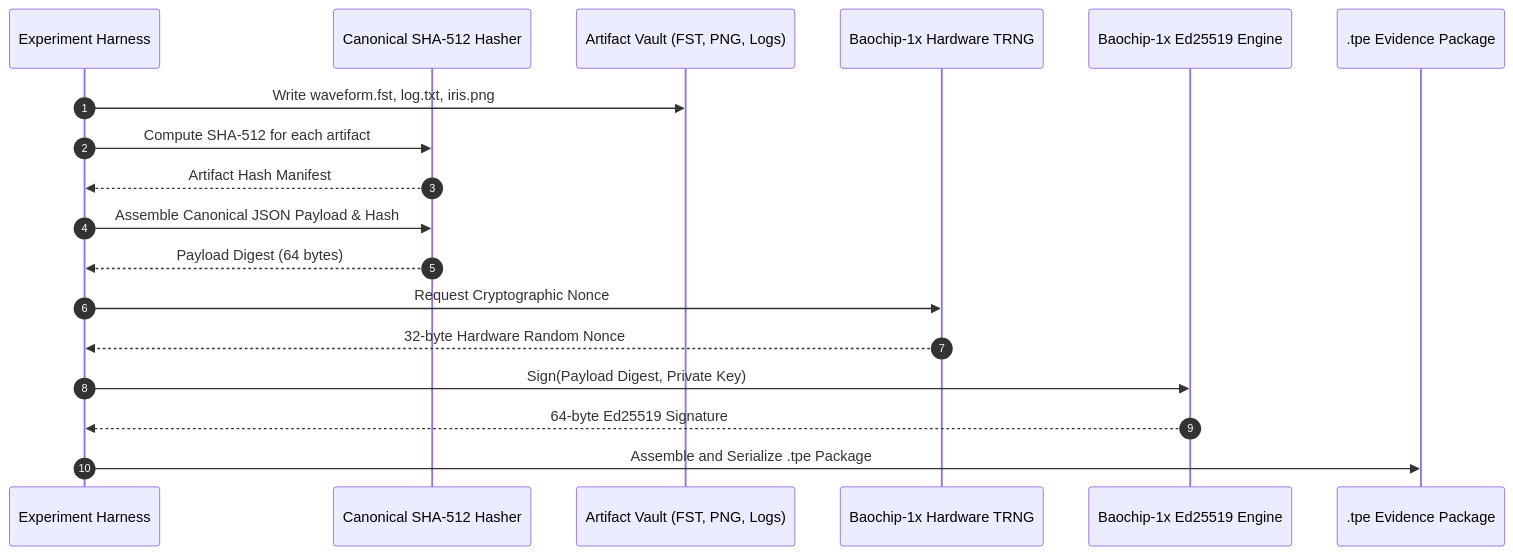
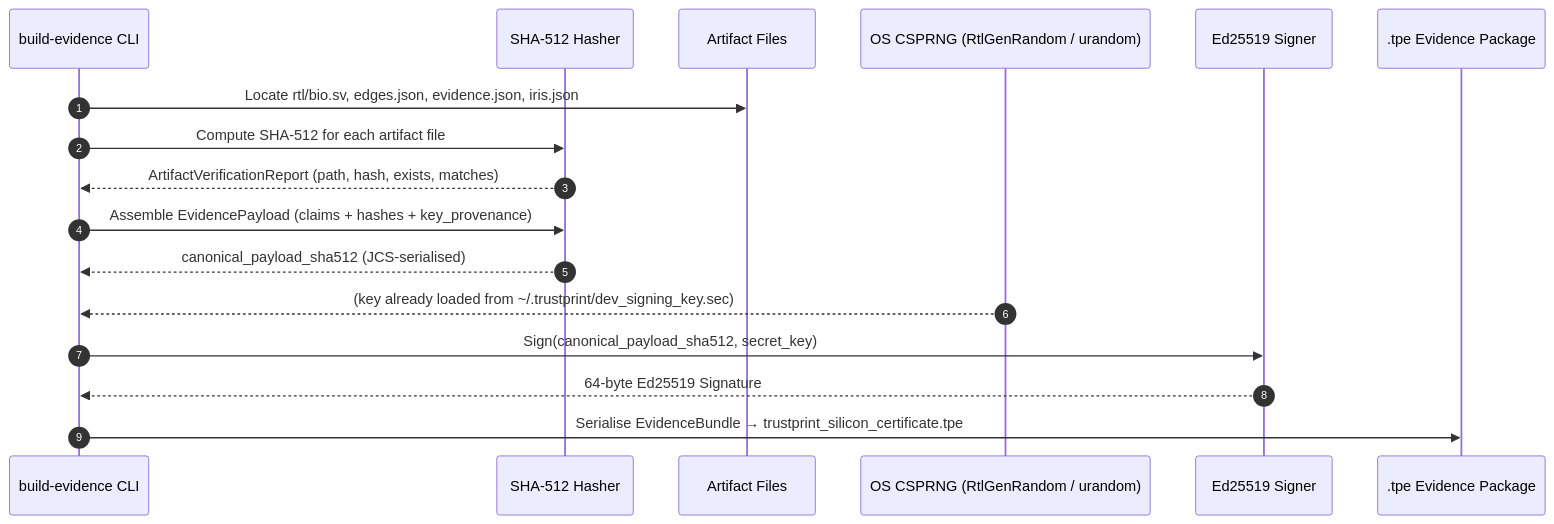
Before and after one commit to sarangchaudhari635-oss/TRUSTPRINT: the diagram in docs/14-cryptographic-evidence.md, drawn with Mermaid. The commit also changed other lines of this file and 32 other files, not shown here.

````diff
--- a/docs/14-cryptographic-evidence.md
+++ b/docs/14-cryptographic-evidence.md
@@ -22,21 +64,20 @@
 ```mermaid
 sequenceDiagram
     autonumber
-    participant Harness as Experiment Harness
-    participant Hasher as Canonical SHA-512 Hasher
-    participant Artifacts as Artifact Vault (FST, PNG, Logs)
-    participant HW_TRNG as Baochip-1x Hardware TRNG
-    participant HW_Ed25519 as Baochip-1x Ed25519 Engine
+    participant Harness as build-evidence CLI
+    participant Hasher as SHA-512 Hasher
+    participant Artifacts as Artifact Files
+    participant CSPRNG as OS CSPRNG (RtlGenRandom / urandom)
+    participant Signer as Ed25519 Signer
     participant Cert as .tpe Evidence Package
 
-    Harness->>Artifacts: Write waveform.fst, log.txt, iris.png
-    Harness->>Hasher: Compute SHA-512 for each artifact
-    Hasher-->>Harness: Artifact Hash Manifest
-    Harness->>Hasher: Assemble Canonical JSON Payload & Hash
-    Hasher-->>Harness: Payload Digest (64 bytes)
-    Harness->>HW_TRNG: Request Cryptographic Nonce
-    HW_TRNG-->>Harness: 32-byte Hardware Random Nonce
-    Harness->>HW_Ed25519: Sign(Payload Digest, Private Key)
-    HW_Ed25519-->>Harness: 64-byte Ed25519 Signature
-    Harness->>Cert: Assemble and Serialize .tpe Package
+    Harness->>Artifacts: Locate rtl/bio.sv, edges.json, evidence.json, iris.json
+    Harness->>Hasher: Compute SHA-512 for each artifact file
+    Hasher-->>Harness: ArtifactVerificationReport (path, hash, exists, matches)
+    Harness->>Hasher: Assemble EvidencePayload (claims + hashes + key_provenance)
+    Hasher-->>Harness: canonical_payload_sha512 (JCS-serialised)
+    CSPRNG-->>Harness: (key already loaded from ~/.trustprint/dev_signing_key.sec)
+    Harness->>Signer: Sign(canonical_payload_sha512, secret_key)
+    Signer-->>Harness: 64-byte Ed25519 Signature
+    Harness->>Cert: Serialise EvidenceBundle → trustprint_silicon_certificate.tpe
 ```
````
